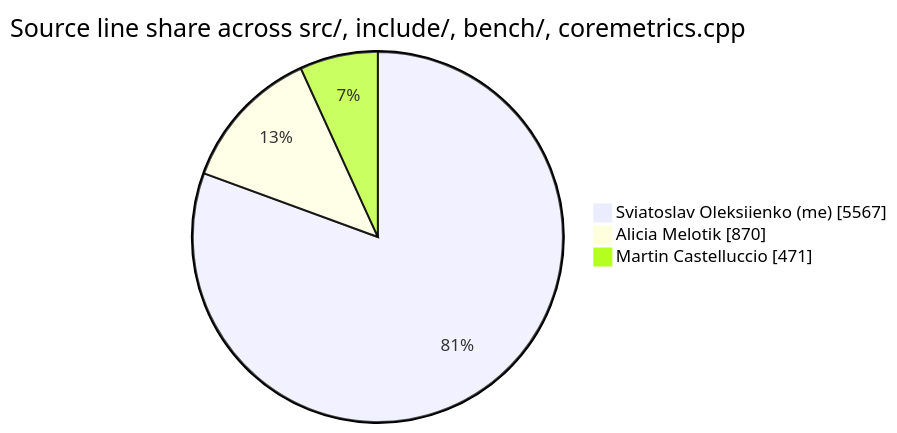
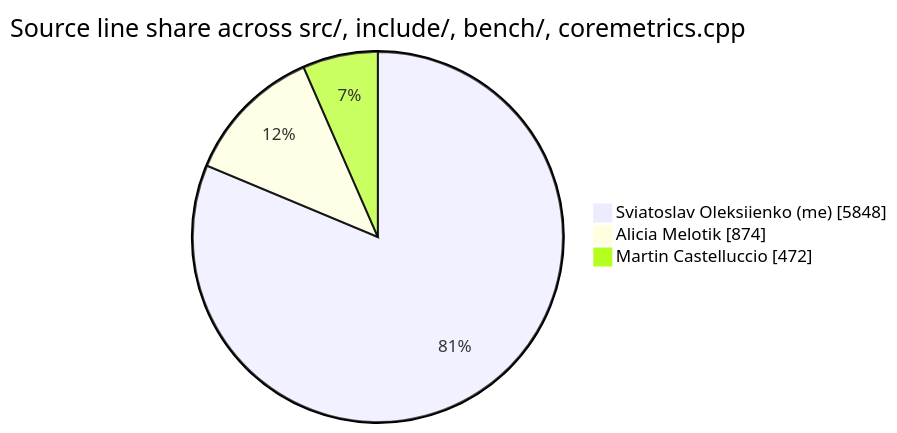
One commit to sviatil0/coremetrics changed the diagram in .github/badges/contributions.md. Above: the diagram before and after it, drawn with Mermaid. The commit also changed other lines of this file and 2 other files, not shown here.

````diff
--- a/.github/badges/contributions.md
+++ b/.github/badges/contributions.md
@@ -11,7 +11,7 @@
 ```mermaid
 pie showData
     title Source line share across src/, include/, bench/, coremetrics.cpp
-    "Sviatoslav Oleksiienko (me)" : 5567
-    "Alicia Melotik" : 870
-    "Martin Castelluccio" : 471
+    "Sviatoslav Oleksiienko (me)" : 5848
+    "Alicia Melotik" : 874
+    "Martin Castelluccio" : 472
 ```
````
